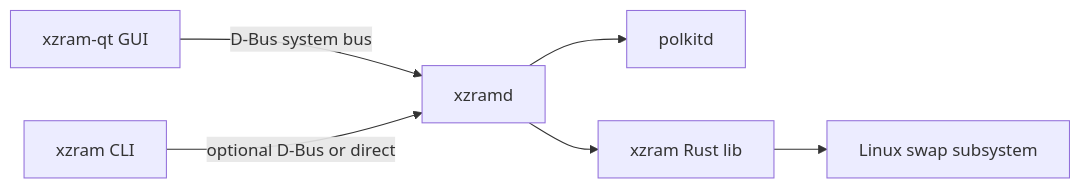
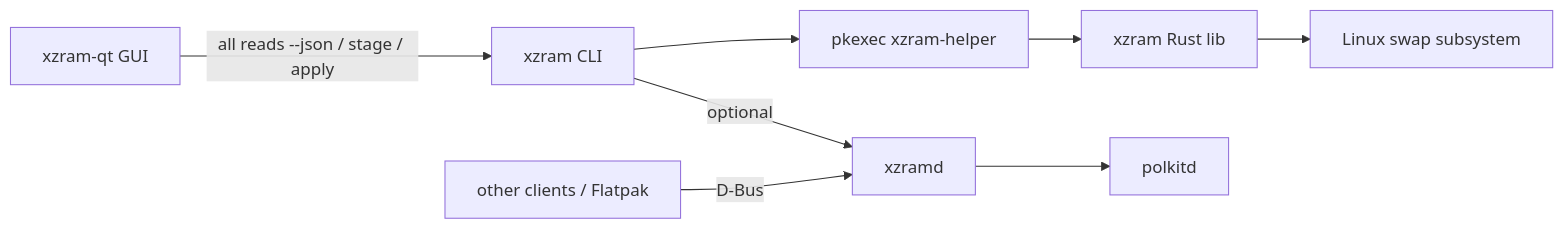
Before and after one commit to asafelobotomy/XZram: the diagram in docs/GUI-PHASE2.md, drawn with Mermaid. The commit also changed other lines of this file and 55 other files, not shown here.

First line of the commit message:
Release 0.2.0: CLI-first GUI, safer defaults, and versioning.

````diff
--- a/docs/GUI-PHASE2.md
+++ b/docs/GUI-PHASE2.md
@@ -11,8 +13,10 @@
 ```mermaid
 flowchart LR
-    QtGUI[xzram-qt GUI] -->|D-Bus system bus| Daemon[xzramd]
-    CLI[xzram CLI] -->|optional D-Bus or direct| Daemon
+    QtGUI[xzram-qt GUI] -->|"all reads --json / stage / apply"| CLI[xzram CLI]
+    CLI --> Helper[pkexec xzram-helper]
+    CLI -->|optional| Daemon[xzramd]
+    OtherClients[other clients / Flatpak] -->|D-Bus| Daemon
     Daemon --> Polkit[polkitd]
-    Daemon --> Lib[xzram Rust lib]
+    Helper --> Lib[xzram Rust lib]
     Lib --> System[Linux swap subsystem]
 ```
````
